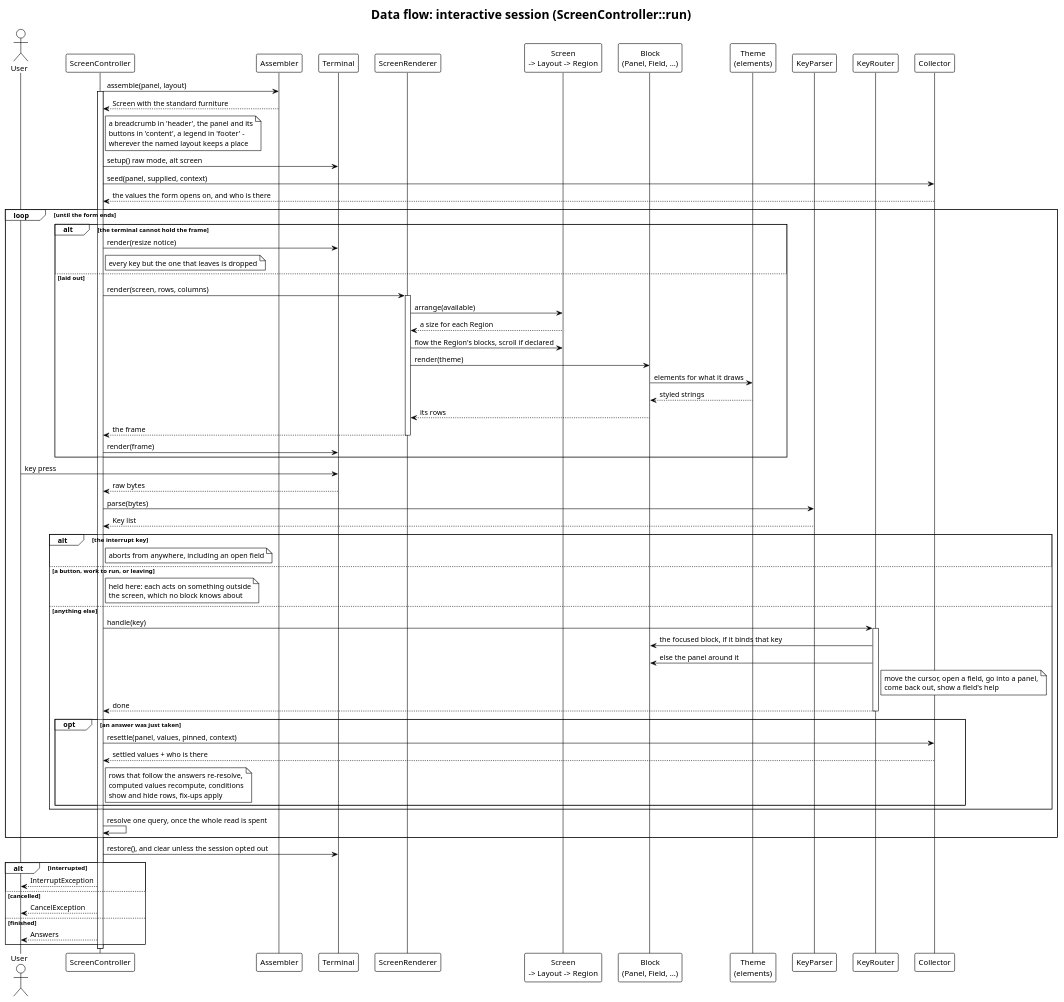
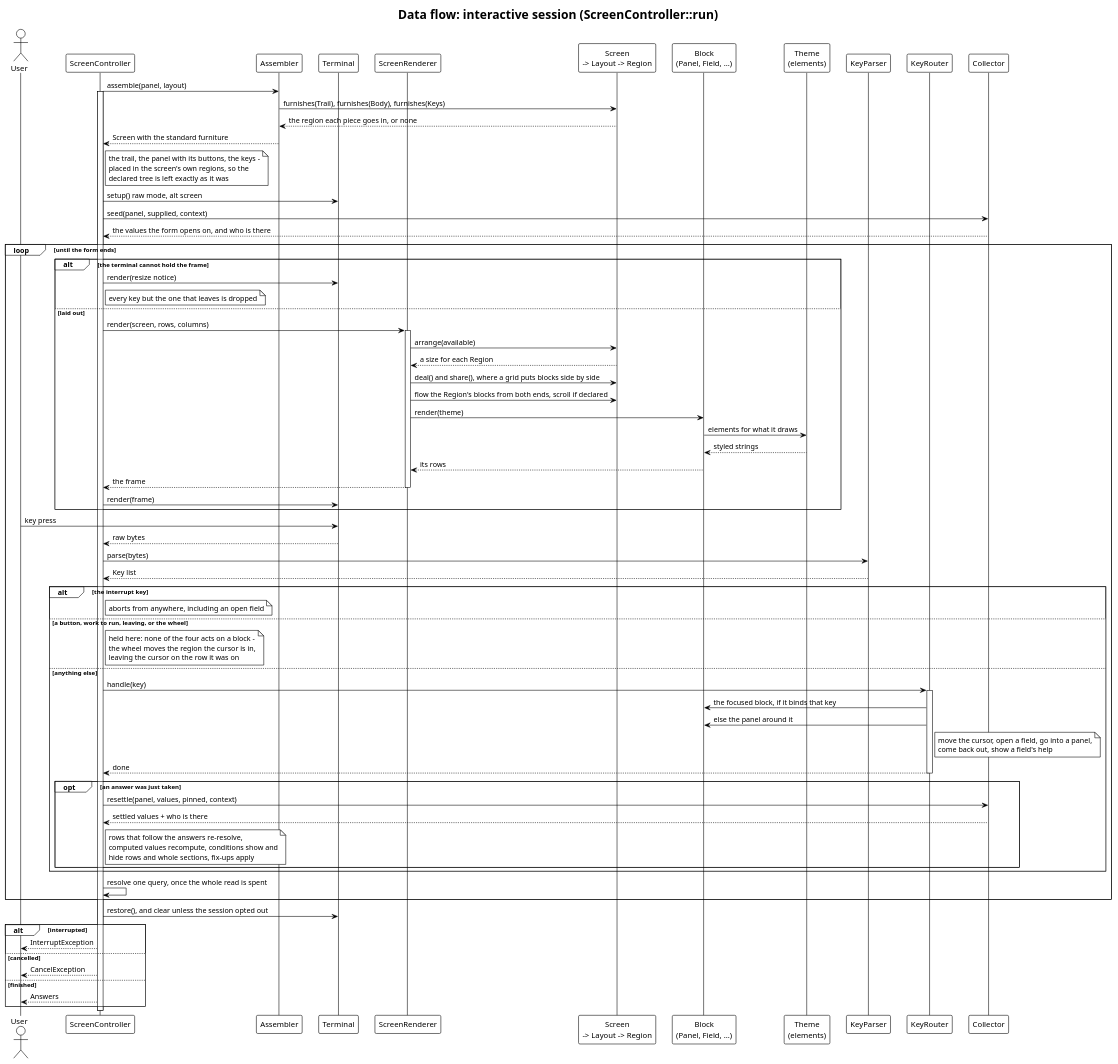
One commit to drevops/phptui changed the diagram in docs/architecture/dataflow-tui.puml. Above: the diagram before and after it, drawn with PlantUML. The commit also changed 326 other files, not shown here.

Commit message:
Resolved the architecture tensions: single-point enforcement, conditional sections, and layout-owned arrangement. (#148)

```diff
--- a/docs/architecture/dataflow-tui.puml
+++ b/docs/architecture/dataflow-tui.puml
@@ -1,91 +1,94 @@
 @startuml
 ' drevops/tui - data flow for the interactive screen session.
 ' Traced from src/Screen/ScreenController.php (run -> paint/handle), with
 ' src/Screen/ScreenRenderer.php drawing outward from the Screen, src/Screen/
 ' KeyRouter.php sending each key inward, src/Input/ resolving a key press to a
 ' semantic action, and src/Screen/Collector.php re-settling after every answer.
 ' Regenerate every SVG with:  plantuml -tsvg docs/architecture/*.puml
 !theme plain
 skinparam backgroundColor white
 skinparam defaultFontName Helvetica
 skinparam shadowing false
 title Data flow: interactive session (ScreenController::run)
 
 actor "User" as User
 participant "ScreenController" as SC
 participant "Assembler" as Asm
 participant "Terminal" as Term
 participant "ScreenRenderer" as SR
 participant "Screen\n-> Layout -> Region" as Screen
 participant "Block\n(Panel, Field, ...)" as Block
 participant "Theme\n(elements)" as Theme
 participant "KeyParser" as KP
 participant "KeyRouter" as KR
 participant "Collector" as Col
 
 SC -> Asm: assemble(panel, layout)
 activate SC
+Asm -> Screen: furnishes(Trail), furnishes(Body), furnishes(Keys)
+Screen --> Asm: the region each piece goes in, or none
 Asm --> SC: Screen with the standard furniture
-note right of SC: a breadcrumb in 'header', the panel and its\nbuttons in 'content', a legend in 'footer' -\nwherever the named layout keeps a place
+note right of SC: the trail, the panel with its buttons, the keys -\nplaced in the screen's own regions, so the\ndeclared tree is left exactly as it was
 
 SC -> Term: setup() raw mode, alt screen
 SC -> Col: seed(panel, supplied, context)
 Col --> SC: the values the form opens on, and who is there
 
 loop until the form ends
   alt the terminal cannot hold the frame
     SC -> Term: render(resize notice)
     note right of SC: every key but the one that leaves is dropped
   else laid out
     SC -> SR: render(screen, rows, columns)
     activate SR
     SR -> Screen: arrange(available)
     Screen --> SR: a size for each Region
-    SR -> Screen: flow the Region's blocks, scroll if declared
+    SR -> Screen: deal() and share(), where a grid puts blocks side by side
+    SR -> Screen: flow the Region's blocks from both ends, scroll if declared
     SR -> Block: render(theme)
     Block -> Theme: elements for what it draws
     Theme --> Block: styled strings
     Block --> SR: its rows
     SR --> SC: the frame
     deactivate SR
     SC -> Term: render(frame)
   end
 
   User -> Term: key press
   Term --> SC: raw bytes
   SC -> KP: parse(bytes)
   KP --> SC: Key list
 
   alt the interrupt key
     note right of SC: aborts from anywhere, including an open field
-  else a button, work to run, or leaving
-    note right of SC: held here: each acts on something outside\nthe screen, which no block knows about
+  else a button, work to run, leaving, or the wheel
+    note right of SC: held here: none of the four acts on a block -\nthe wheel moves the region the cursor is in,\nleaving the cursor on the row it was on
   else anything else
     SC -> KR: handle(key)
     activate KR
     KR -> Block: the focused block, if it binds that key
     KR -> Block: else the panel around it
     note right of KR: move the cursor, open a field, go into a panel,\ncome back out, show a field's help
     KR --> SC: done
     deactivate KR
 
     opt an answer was just taken
       SC -> Col: resettle(panel, values, pinned, context)
       Col --> SC: settled values + who is there
-      note right of SC: rows that follow the answers re-resolve,\ncomputed values recompute, conditions\nshow and hide rows, fix-ups apply
+      note right of SC: rows that follow the answers re-resolve,\ncomputed values recompute, conditions show and\nhide rows and whole sections, fix-ups apply
     end
   end
 
   SC -> SC: resolve one query, once the whole read is spent
 end
 
 SC -> Term: restore(), and clear unless the session opted out
 alt interrupted
   SC --> User: InterruptException
 else cancelled
   SC --> User: CancelException
 else finished
   SC --> User: Answers
 end
 deactivate SC
 @enduml
```
